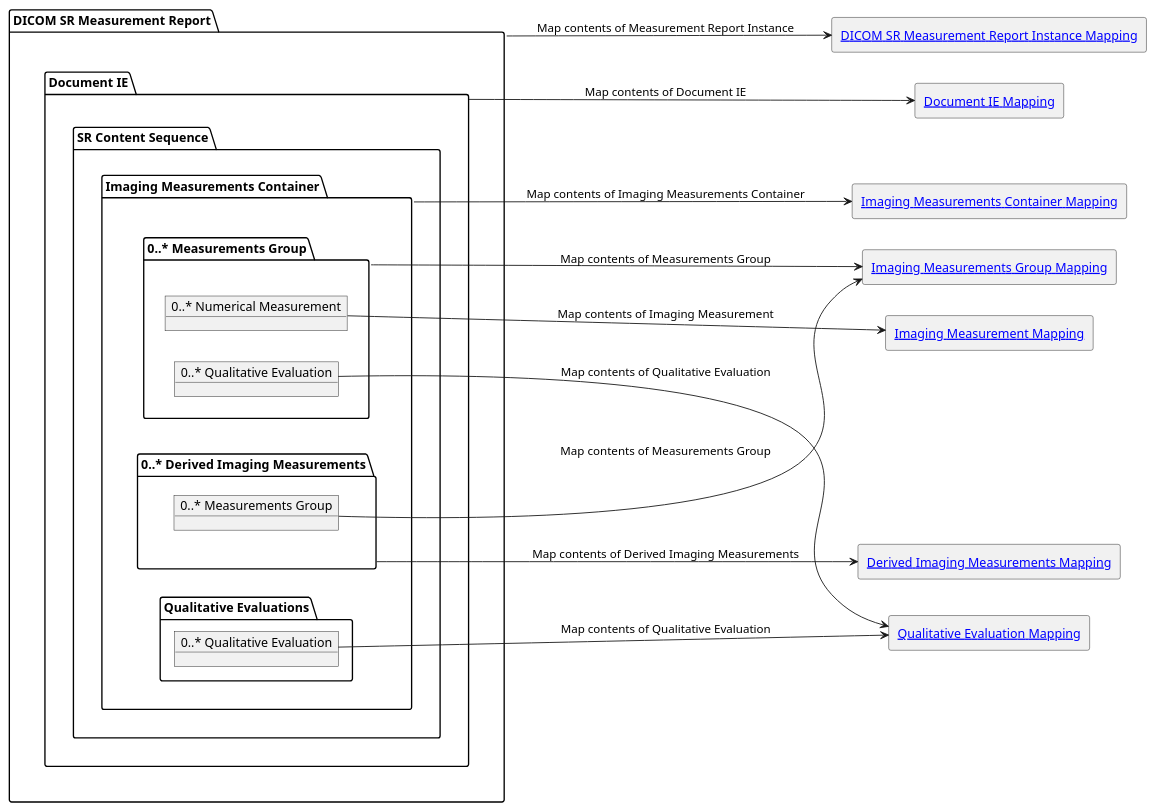
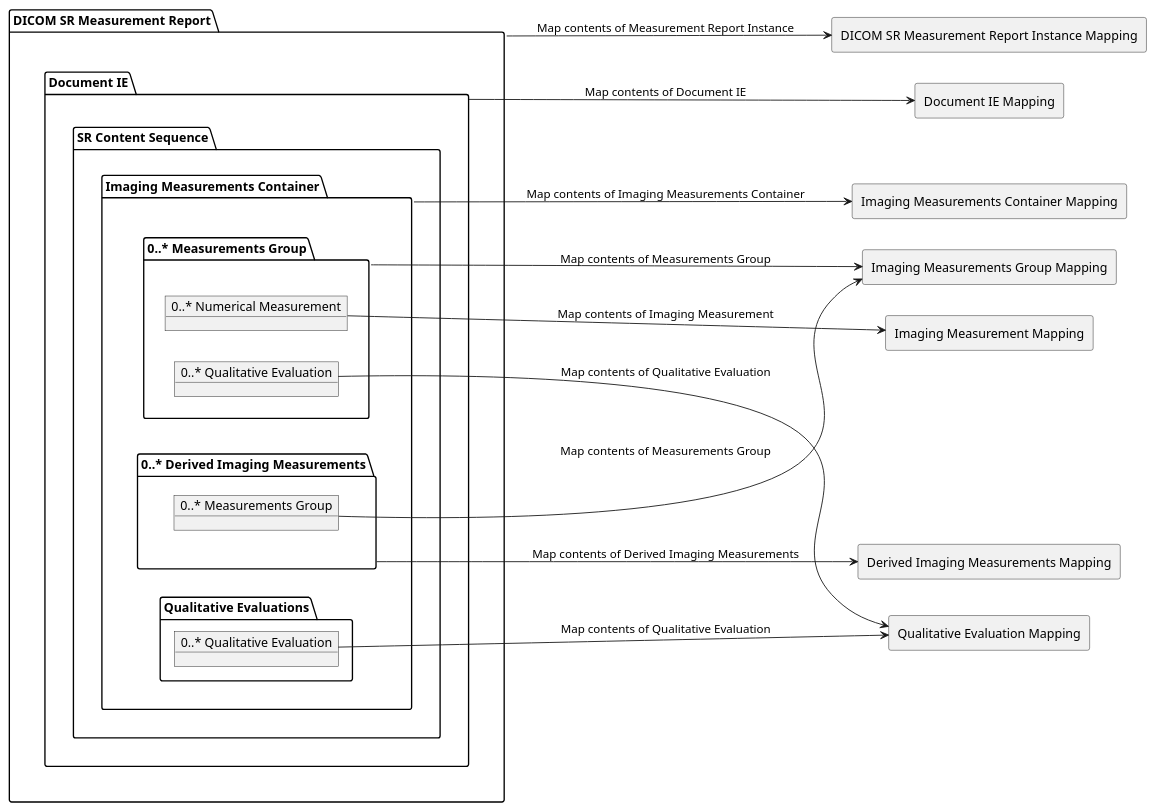
One commit to HL7/dicom-sr changed the diagram in input/images-source/4_1_dicom_sr_measurement_report_mapping_overview.plantuml. Above: the diagram before and after it, drawn with PlantUML. The commit also changed 23 other files, not shown here.

```diff
--- a/input/images-source/4_1_dicom_sr_measurement_report_mapping_overview.plantuml
+++ b/input/images-source/4_1_dicom_sr_measurement_report_mapping_overview.plantuml
@@ -1,42 +1,42 @@
 @startuml dicom_sr_measurement_report_mapping_overview
 skinparam componentStyle rectangle
 allowmixing
 left to right direction
 package "DICOM SR Measurement Report" as measurementReport {
     package "Document IE" as documentIE {
         package "SR Content Sequence" as srContentSequence {
             package "Imaging Measurements Container" as imagingMeasurementsContainer {
                 package "0..* Measurements Group" as measurementsGroup {
                     object "0..* Numerical Measurement" as numericalMeasurement
                     object "0..* Qualitative Evaluation" as measurementGroupQualitativeEvaluation
                 }
                 package "0..* Derived Imaging Measurements" as derivedImagingMeasurements {
                     object "0..* Measurements Group" as derivedMeasurementsGroup
                 }
                 package "Qualitative Evaluations" as qualitativeEvaluations {
                     object "0..* Qualitative Evaluation" as qualitativeEvaluation
                 }
             }
         }
     }
 }
 
-component "[[mapping.html#dicom-sr-measurement-report-instance-mapping DICOM SR Measurement Report Instance Mapping]]" as measurementReportInstanceMapping
-component "[[mapping.html#document-ie-mapping Document IE Mapping]]" as documentIEMapping
-component "[[mapping.html#imaging-measurements-container-mapping Imaging Measurements Container Mapping]]" as imagingMeasurementsContainerMapping
-component "[[mapping.html#imaging-measurement-group-mapping Imaging Measurements Group Mapping]]" as imagingMeasurementGroupMapping
-component "[[mapping.html#imaging-measurement-mapping Imaging Measurement Mapping]]" as imagingMeasurementMapping
-component "[[mapping.html#imaging-qualitative-evaluation-mapping Qualitative Evaluation Mapping]]" as qualitativeEvaluationMapping
-component "[[mapping.html#derived-imaging-measurement-mapping Derived Imaging Measurements Mapping]]" as derivedImagingMeasurementsMapping
+component "DICOM SR Measurement Report Instance Mapping" as measurementReportInstanceMapping
+component "Document IE Mapping" as documentIEMapping
+component "Imaging Measurements Container Mapping" as imagingMeasurementsContainerMapping
+component "Imaging Measurements Group Mapping" as imagingMeasurementGroupMapping
+component "Imaging Measurement Mapping" as imagingMeasurementMapping
+component "Qualitative Evaluation Mapping" as qualitativeEvaluationMapping
+component "Derived Imaging Measurements Mapping" as derivedImagingMeasurementsMapping
 
 measurementReport --> measurementReportInstanceMapping: Map contents of Measurement Report Instance
 documentIE --> documentIEMapping: Map contents of Document IE
 imagingMeasurementsContainer --> imagingMeasurementsContainerMapping: Map contents of Imaging Measurements Container
 measurementsGroup --> imagingMeasurementGroupMapping: Map contents of Measurements Group
 numericalMeasurement --> imagingMeasurementMapping: Map contents of Imaging Measurement
 measurementGroupQualitativeEvaluation --> qualitativeEvaluationMapping: Map contents of Qualitative Evaluation
 derivedImagingMeasurements --> derivedImagingMeasurementsMapping: Map contents of Derived Imaging Measurements
 derivedMeasurementsGroup --> imagingMeasurementGroupMapping: Map contents of Measurements Group
 qualitativeEvaluation --> qualitativeEvaluationMapping: Map contents of Qualitative Evaluation
 
 @enduml
```
